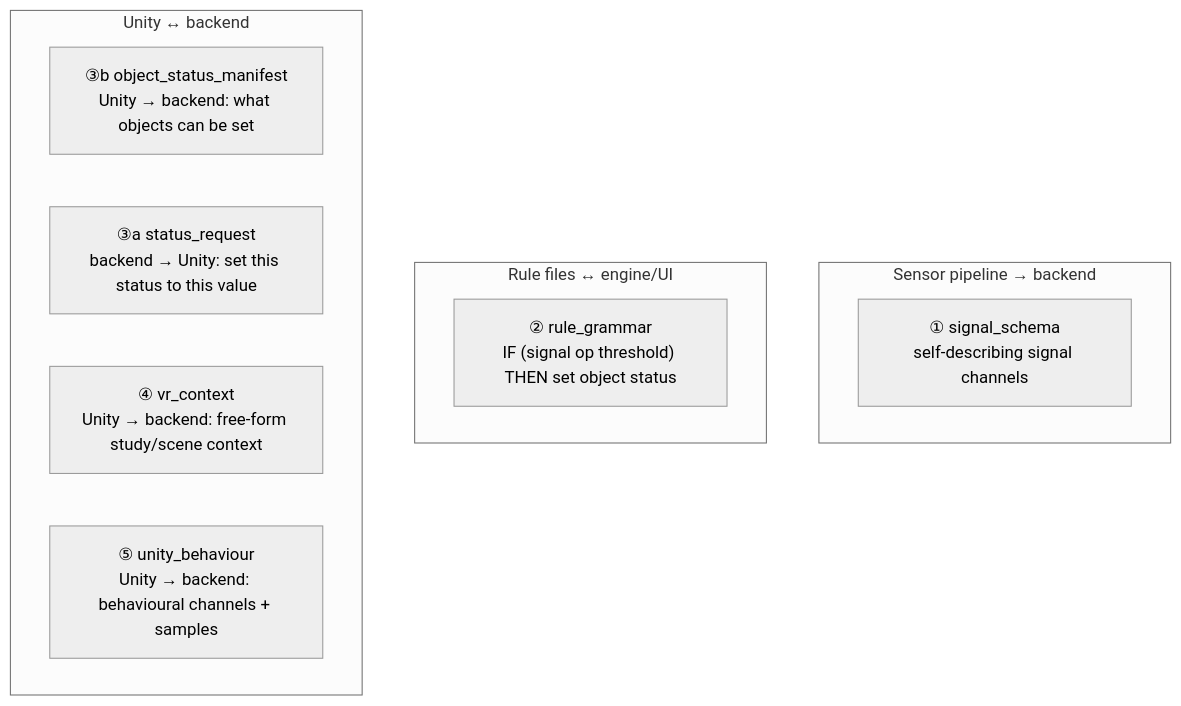
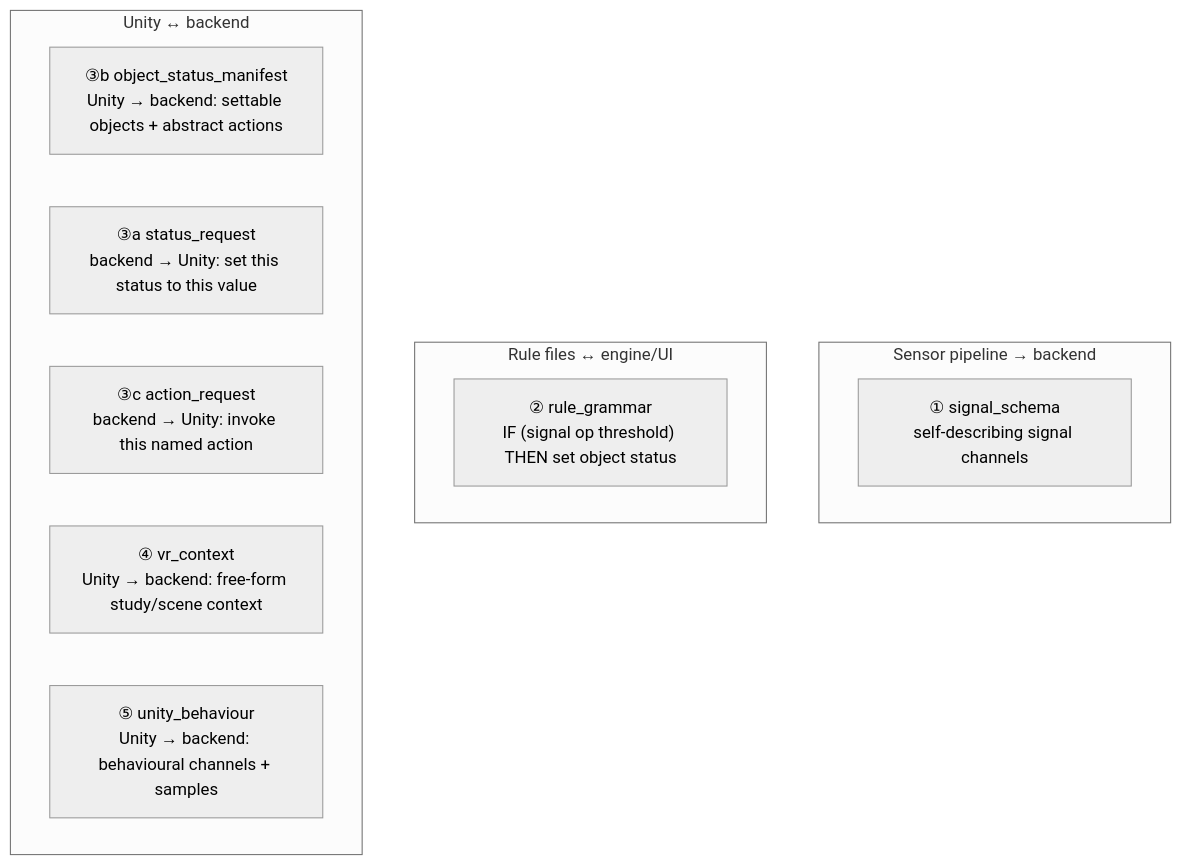
One commit to Puthikunkim/p4p changed the second of 9 diagrams in docs/HOW_IT_WORKS.md. Above: the diagram before and after it, drawn with Mermaid (neutral theme). The commit also changed other lines of this file and 1 other file, not shown here.

Commit message:
docs: clarify Unity action contract, status/action distinction, and metric declaration

````diff
--- a/docs/HOW_IT_WORKS.md
+++ b/docs/HOW_IT_WORKS.md
@@ -125,15 +126,16 @@
 ```mermaid
 flowchart TB
   subgraph Pipeline["Sensor pipeline → backend"]
     C1["① signal_schema<br/>self-describing signal channels"]
   end
   subgraph Rules["Rule files ↔ engine/UI"]
     C2["② rule_grammar<br/>IF (signal op threshold) THEN set object status"]
   end
   subgraph Unity["Unity ↔ backend"]
-    C3b["③b object_status_manifest<br/>Unity → backend: what objects can be set"]
+    C3b["③b object_status_manifest<br/>Unity → backend: settable objects + abstract actions"]
     C3a["③a status_request<br/>backend → Unity: set this status to this value"]
+    C3c["③c action_request<br/>backend → Unity: invoke this named action"]
     C4["④ vr_context<br/>Unity → backend: free-form study/scene context"]
     C5["⑤ unity_behaviour<br/>Unity → backend: behavioural channels + samples"]
   end
 ```
````
